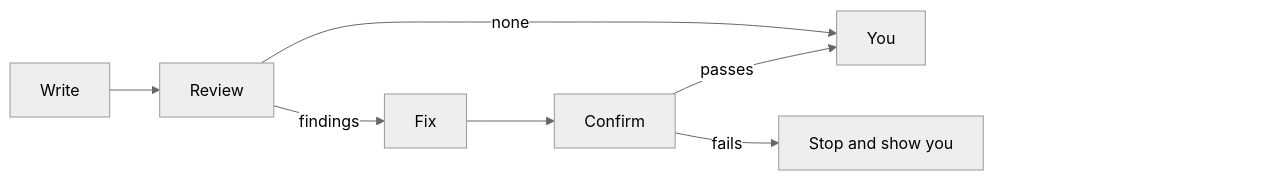
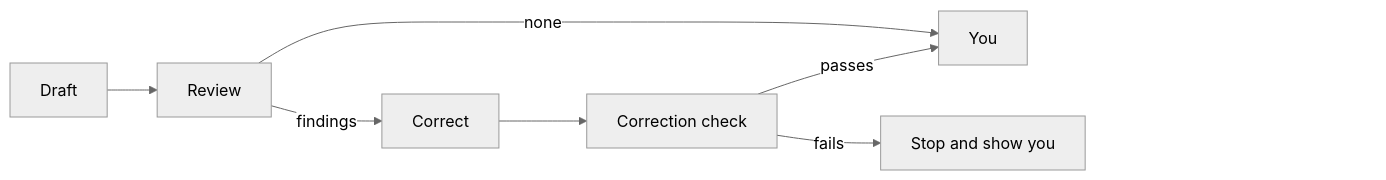
The second of 2 diagrams in docs/lifecycle.md (michaelmarconi/agentic-engineering), drawn with Mermaid (neutral theme) before and after one commit. The commit also changed other lines of this file and 6 other files, not shown here.

First line of the commit message:
docs: name the review steps Review, Correct and Correction check

````diff
--- a/docs/lifecycle.md
+++ b/docs/lifecycle.md
@@ -100,11 +100,11 @@
 ```mermaid
 flowchart LR
-    Write --> Review
-    Review -->|findings| Fix
+    Draft --> Review
+    Review -->|findings| Correct
     Review -->|none| You
-    Fix --> Confirm
-    Confirm -->|passes| You
-    Confirm -->|fails| Stop[Stop and show you]
+    Correct --> Check[Correction check]
+    Check -->|passes| You
+    Check -->|fails| Stop[Stop and show you]
     Stop ~~~ Pad["#nbsp;#nbsp;#nbsp;#nbsp;#nbsp;#nbsp;#nbsp;#nbsp;#nbsp;#nbsp;#nbsp;#nbsp;#nbsp;#nbsp;#nbsp;#nbsp;#nbsp;#nbsp;#nbsp;#nbsp;#nbsp;#nbsp;#nbsp;#nbsp;#nbsp;#nbsp;#nbsp;#nbsp;#nbsp;#nbsp;#nbsp;#nbsp;#nbsp;#nbsp;#nbsp;#nbsp;#nbsp;#nbsp;#nbsp;#nbsp;"]
     style Pad fill:none,stroke:none
 ```
````
